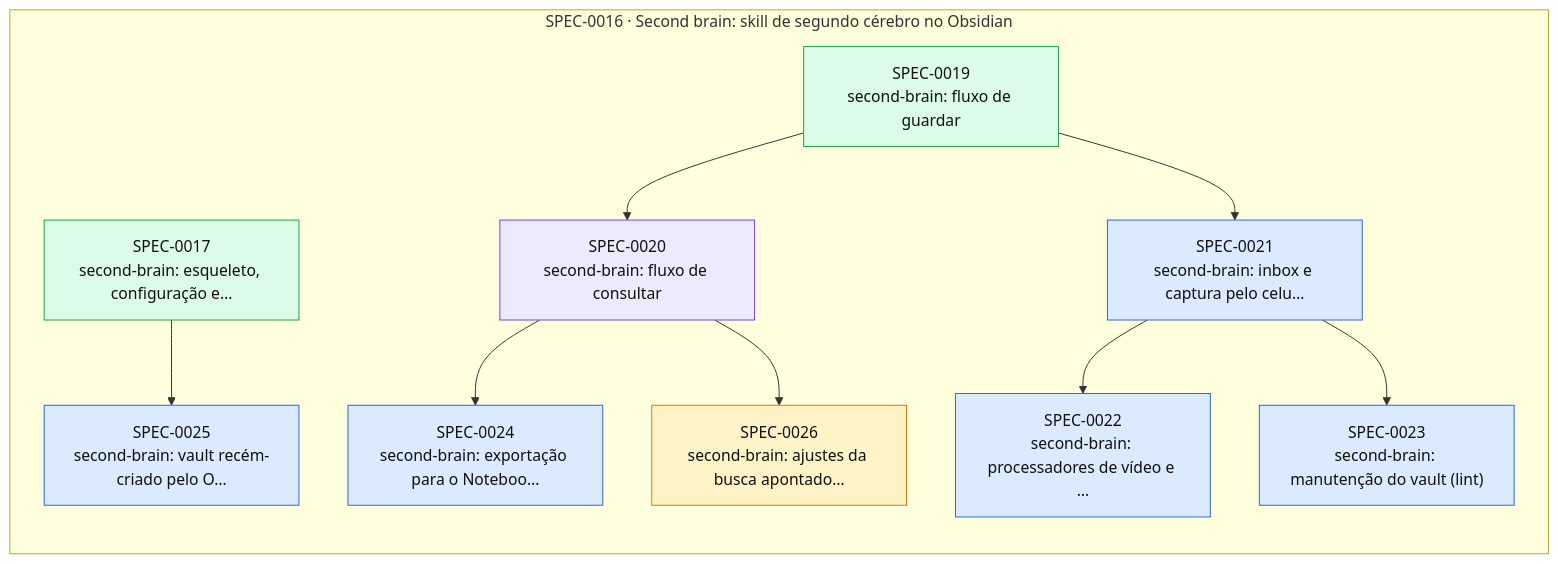
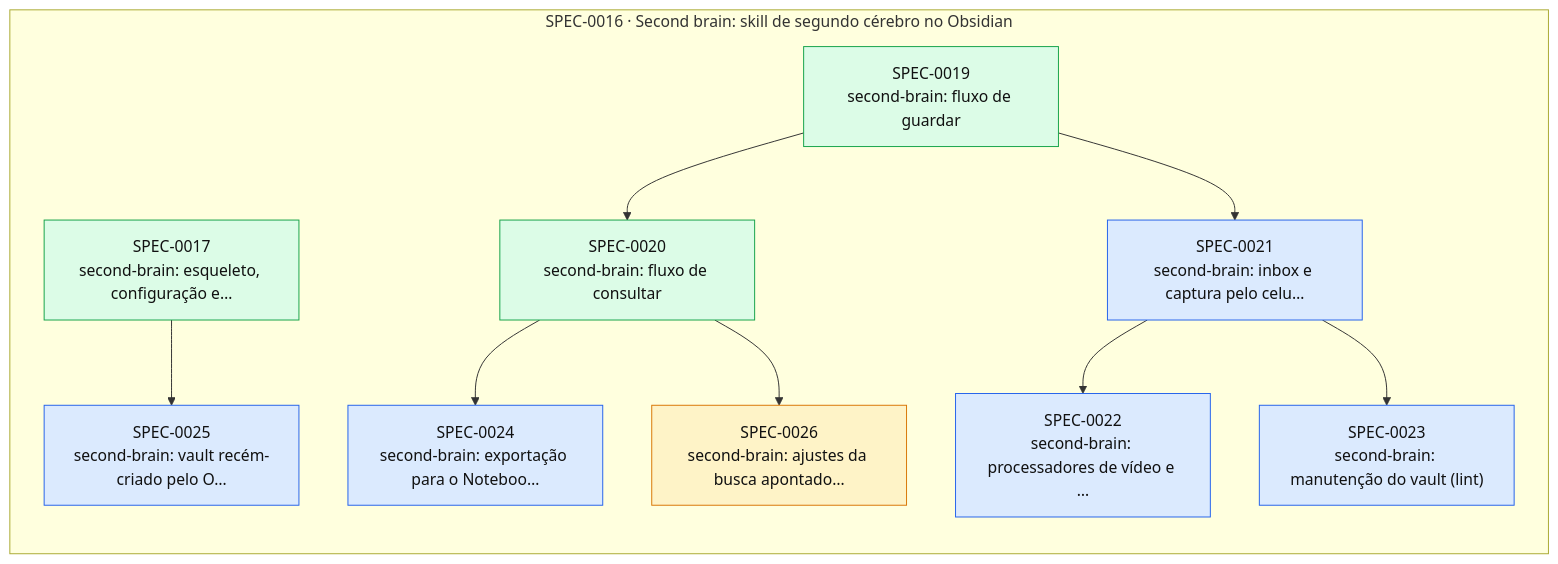
One commit to thomasravache/ai-dev-brain changed the diagram in docs/specs/INDEX.md. Above: the diagram before and after it, drawn with Mermaid. The commit also changed other lines of this file and 1 other file, not shown here.

First line of the commit message:
docs(specs): G7 e fechamento da SPEC-0020

````diff
--- a/docs/specs/INDEX.md
+++ b/docs/specs/INDEX.md
@@ -51,26 +50,26 @@
 ```mermaid
 flowchart LR
   subgraph E0016["SPEC-0016 · Second brain: skill de segundo cérebro no Obsidian"]
     S0017["SPEC-0017<br/>second-brain: esqueleto, configuração e…"]:::implemented
     S0019["SPEC-0019<br/>second-brain: fluxo de guardar"]:::implemented
-    S0020["SPEC-0020<br/>second-brain: fluxo de consultar"]:::inprogress
+    S0020["SPEC-0020<br/>second-brain: fluxo de consultar"]:::implemented
     S0021["SPEC-0021<br/>second-brain: inbox e captura pelo celu…"]:::approved
     S0022["SPEC-0022<br/>second-brain: processadores de vídeo e …"]:::approved
     S0023["SPEC-0023<br/>second-brain: manutenção do vault (lint)"]:::approved
     S0024["SPEC-0024<br/>second-brain: exportação para o Noteboo…"]:::approved
     S0025["SPEC-0025<br/>second-brain: vault recém-criado pelo O…"]:::approved
     S0026["SPEC-0026<br/>second-brain: ajustes da busca apontado…"]:::proposed
   end
   S0019 --> S0020
   S0019 --> S0021
   S0021 --> S0022
   S0021 --> S0023
   S0020 --> S0024
   S0017 --> S0025
   S0020 --> S0026
   classDef proposed fill:#fef3c7,stroke:#d97706,color:#111
   classDef approved fill:#dbeafe,stroke:#2563eb,color:#111
   classDef inprogress fill:#ede9fe,stroke:#7c3aed,color:#111
   classDef implemented fill:#dcfce7,stroke:#16a34a,color:#111
   classDef deprecated fill:#f3f4f6,stroke:#9ca3af,color:#6b7280
 ```
````
